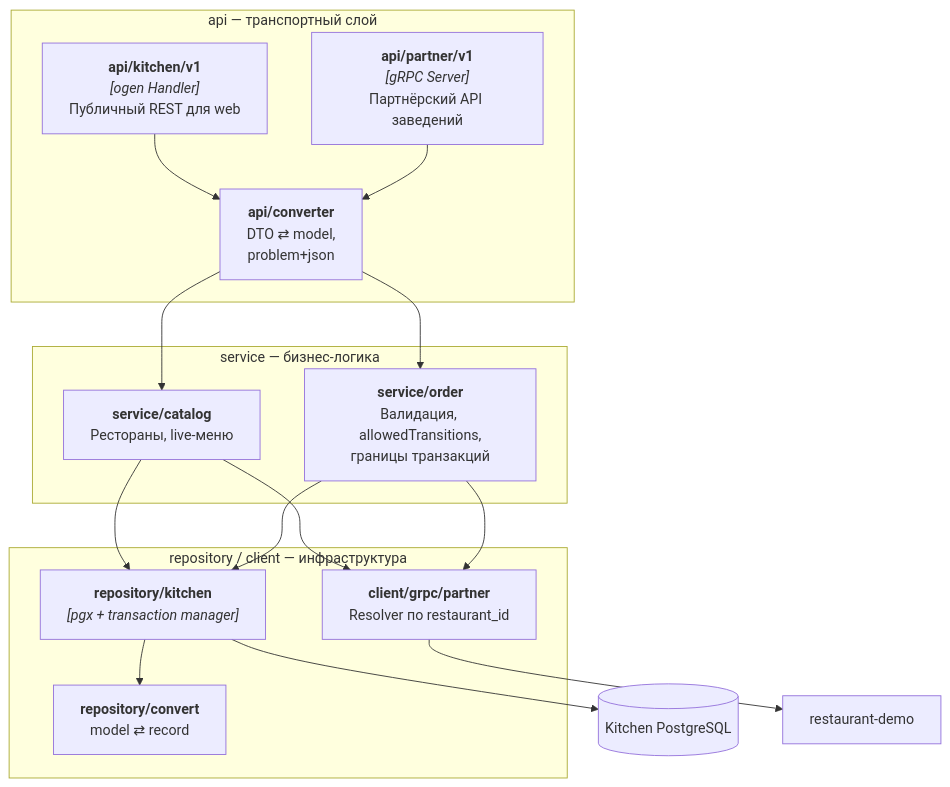
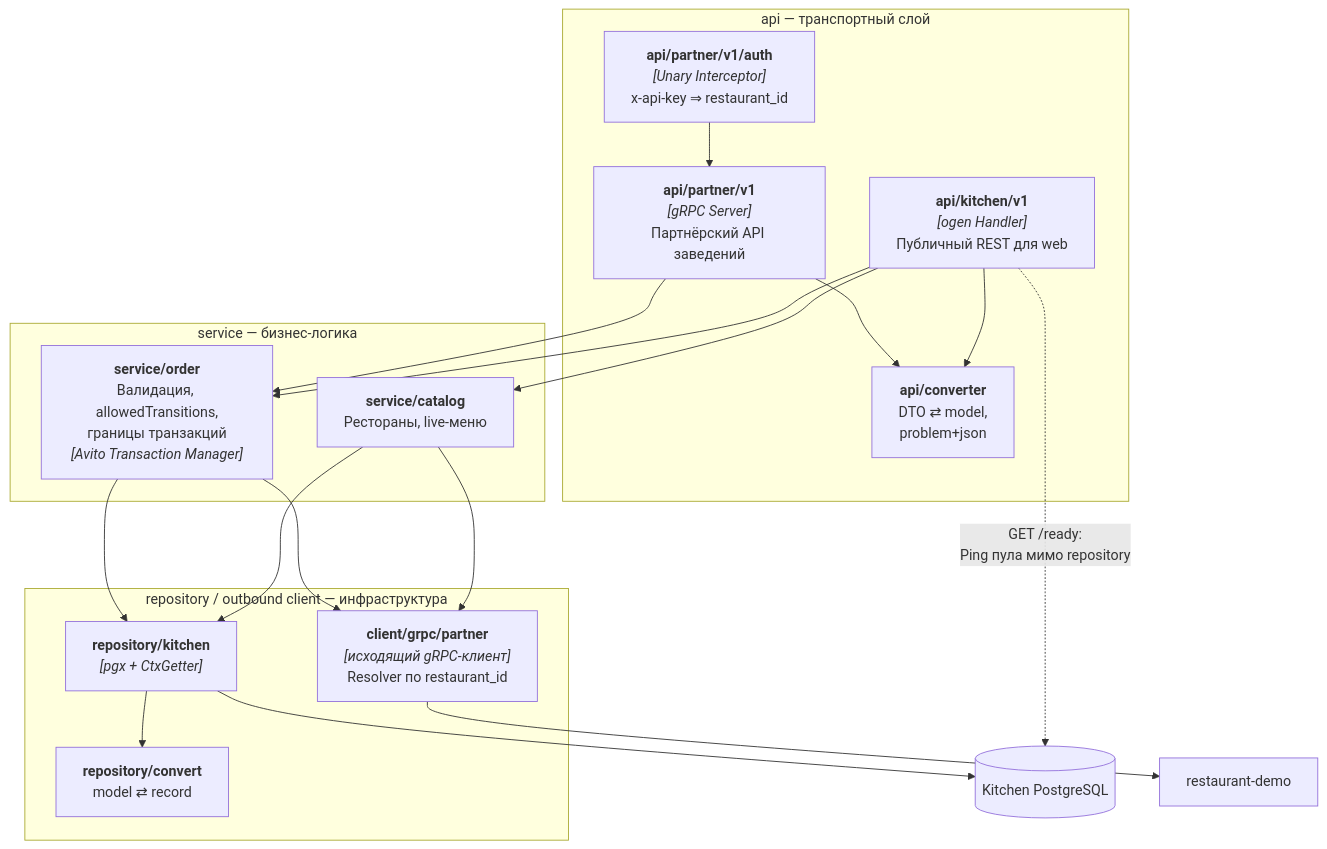
Before and after one commit to LolFolUp/avito: the seventh of 10 diagrams in README.md, drawn with Mermaid. The commit also changed other lines of this file and 11 other files, not shown here.

````diff
--- a/README.md
+++ b/README.md
@@ -248,34 +270,38 @@
 ```mermaid
 flowchart TB
     subgraph transport["api — транспортный слой"]
         Rest["<b>api/kitchen/v1</b><br/><i>[ogen Handler]</i><br/>Публичный REST для web"]
         PartnerSrv["<b>api/partner/v1</b><br/><i>[gRPC Server]</i><br/>Партнёрский API заведений"]
+        Auth["<b>api/partner/v1/auth</b><br/><i>[Unary Interceptor]</i><br/>x-api-key ⇒ restaurant_id"]
         ApiConv["<b>api/converter</b><br/>DTO ⇄ model,<br/>problem+json"]
     end
 
     subgraph domain["service — бизнес-логика"]
         Catalog["<b>service/catalog</b><br/>Рестораны, live-меню"]
-        Orders["<b>service/order</b><br/>Валидация, allowedTransitions,<br/>границы транзакций"]
+        Orders["<b>service/order</b><br/>Валидация, allowedTransitions,<br/>границы транзакций<br/><i>[Avito Transaction Manager]</i>"]
     end
 
-    subgraph infra["repository / client — инфраструктура"]
+    subgraph infra["repository / outbound client — инфраструктура"]
         RepoConv["<b>repository/convert</b><br/>model ⇄ record"]
-        Repo["<b>repository/kitchen</b><br/><i>[pgx + transaction manager]</i>"]
-        Client["<b>client/grpc/partner</b><br/>Resolver по restaurant_id"]
+        Repo["<b>repository/kitchen</b><br/><i>[pgx + CtxGetter]</i>"]
+        Client["<b>client/grpc/partner</b><br/><i>[исходящий gRPC-клиент]</i><br/>Resolver по restaurant_id"]
     end
 
     KitchenDB[("Kitchen PostgreSQL")]
     Demo["restaurant-demo"]
 
+    Auth --> PartnerSrv
     Rest --> ApiConv
     PartnerSrv --> ApiConv
-    ApiConv --> Catalog
-    ApiConv --> Orders
+    Rest --> Catalog
+    Rest --> Orders
+    PartnerSrv --> Orders
     Catalog --> Repo
     Catalog --> Client
     Orders --> Repo
     Orders --> Client
     Repo --> RepoConv
     Repo --> KitchenDB
     Client --> Demo
+    Rest -.->|"GET /ready:<br/>Ping пула мимо repository"| KitchenDB
 ```
````
